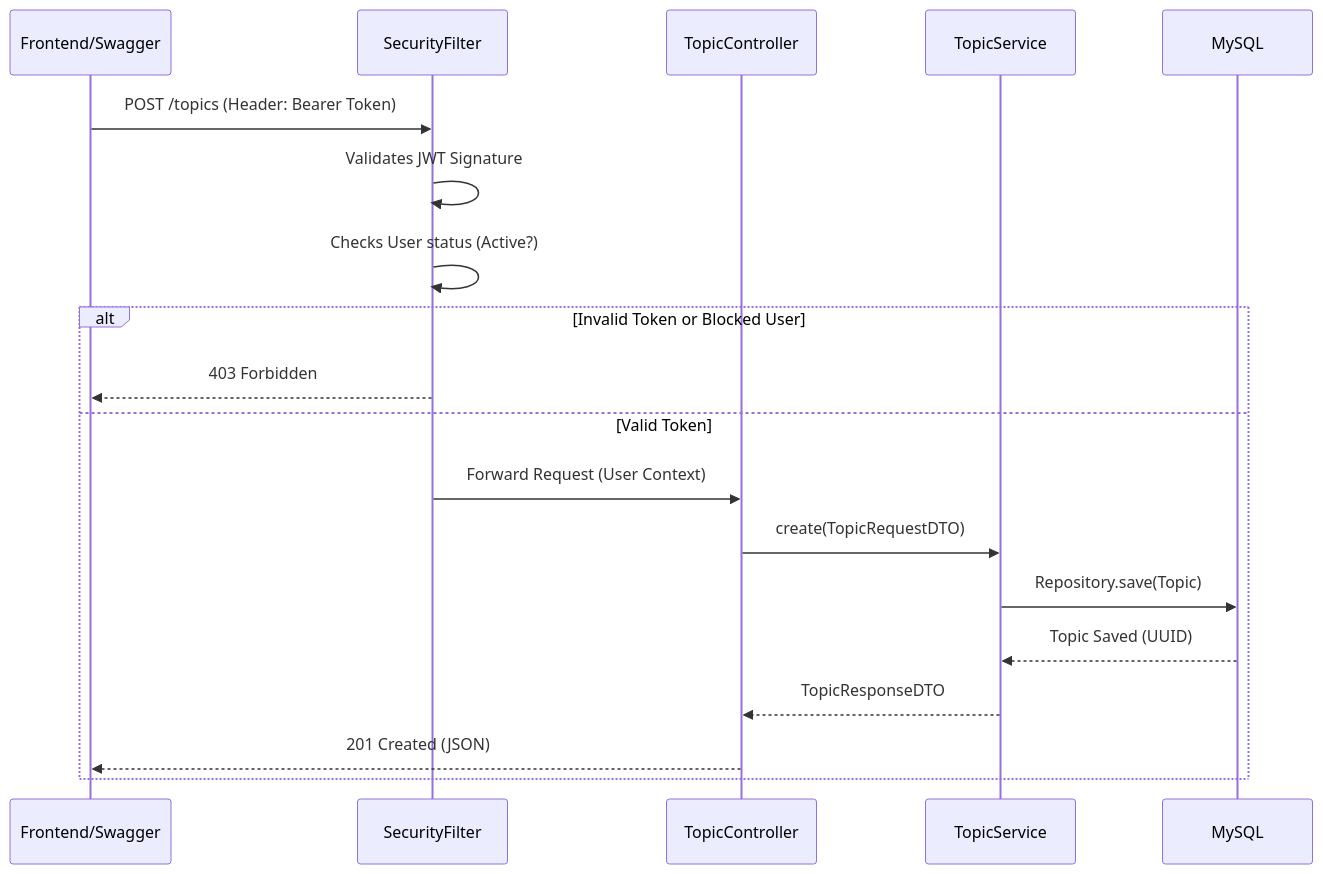
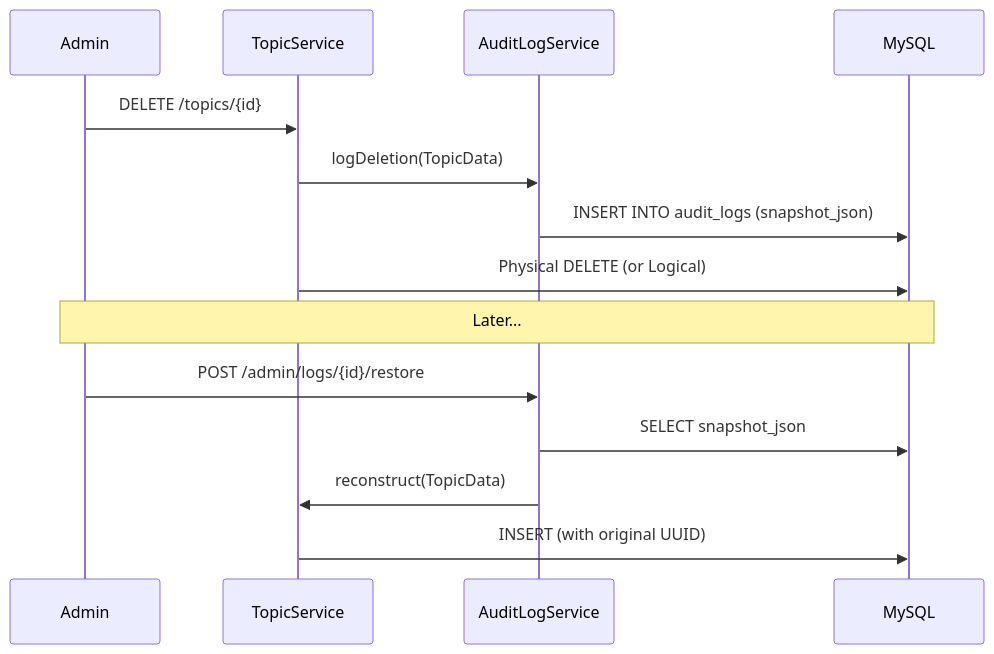
Before and after one commit to DessimA/forum-hub: the fourth of 4 diagrams in docs/en/02-architecture.md, drawn with Mermaid. The commit also changed other lines of this file and 80 other files, not shown here.

````diff
--- a/docs/en/02-architecture.md
+++ b/docs/en/02-architecture.md
@@ -139,23 +174,19 @@
 ```mermaid
 sequenceDiagram
-    participant Client as Frontend/Swagger
-    participant Filter as SecurityFilter
-    participant API as TopicController
+    participant Admin
     participant Service as TopicService
+    participant Audit as AuditLogService
     participant DB as MySQL
 
-    Client->>Filter: POST /topics (Header: Bearer Token)
-    Filter->>Filter: Validates JWT Signature
-    Filter->>Filter: Checks User status (Active?)
+    Admin->>Service: DELETE /topics/{id}
+    Service->>Audit: logDeletion(TopicData)
+    Audit->>DB: INSERT INTO audit_logs (snapshot_json)
+    Service->>DB: Physical DELETE (or Logical)
     
-    alt Invalid Token or Blocked User
-        Filter-->>Client: 403 Forbidden
-    else Valid Token
-        Filter->>API: Forward Request (User Context)
-        API->>Service: create(TopicRequestDTO)
-        Service->>DB: Repository.save(Topic)
-        DB-->>Service: Topic Saved (UUID)
-        Service-->>API: TopicResponseDTO
-        API-->>Client: 201 Created (JSON)
-    end
+    Note over Admin, DB: Later...
+    
+    Admin->>Audit: POST /admin/logs/{id}/restore
+    Audit->>DB: SELECT snapshot_json
+    Audit->>Service: reconstruct(TopicData)
+    Service->>DB: INSERT (with original UUID)
 ```
````
